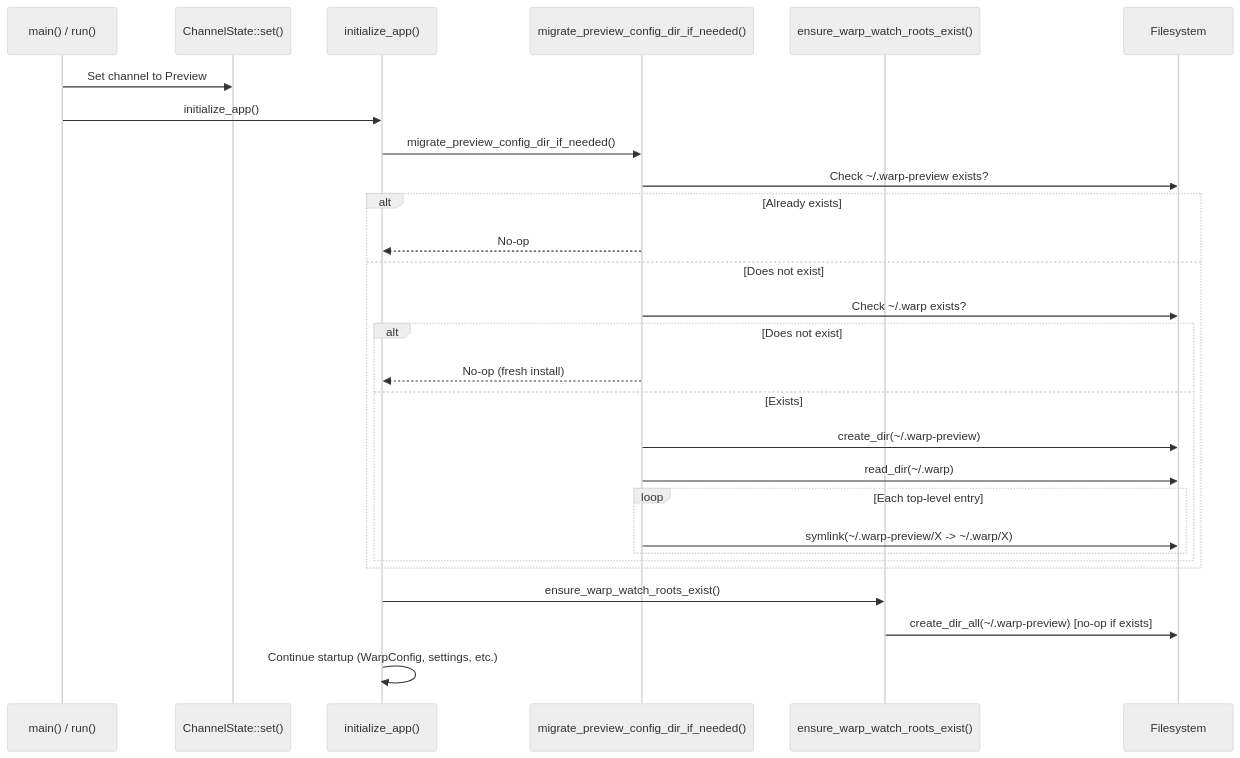
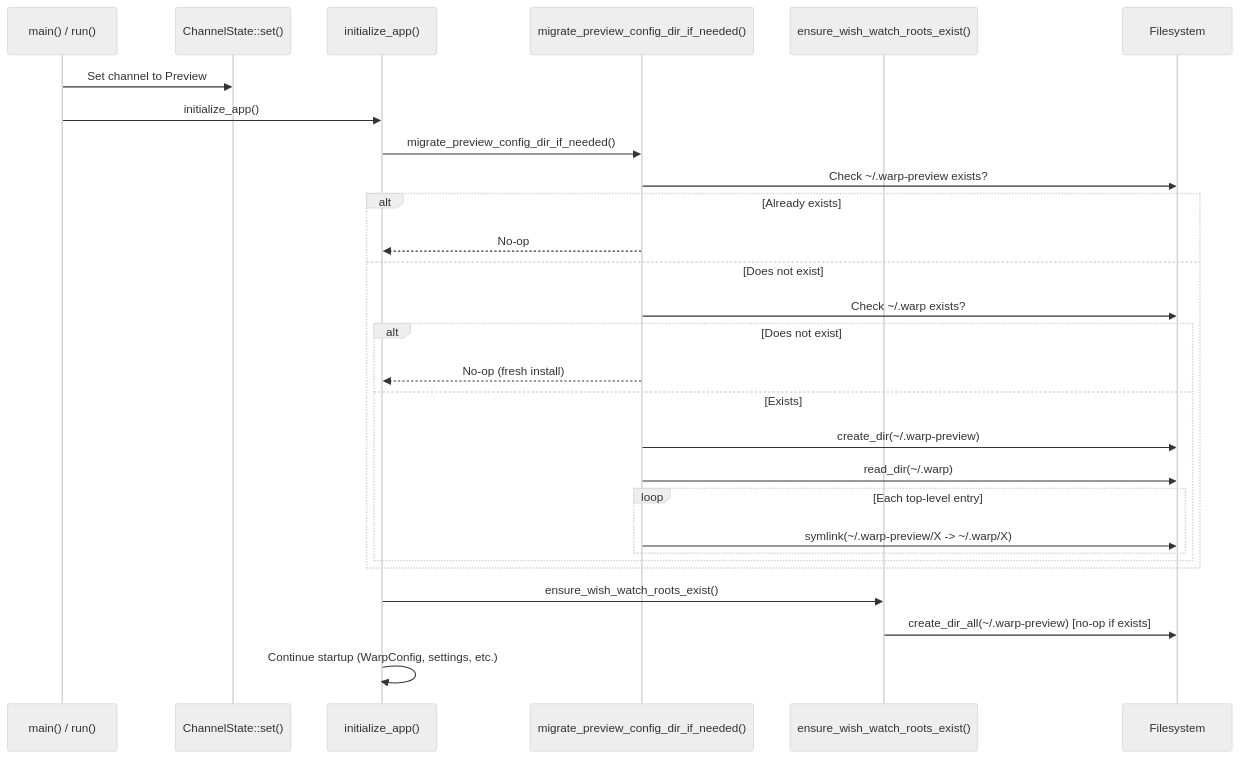
The diagram in specs/QUALITY-408/TECH.md (hermonai/wish), drawn with Mermaid (neutral theme) before and after one commit. The commit also changed other lines of this file and 417 other files, not shown here.

````diff
--- a/specs/QUALITY-408/TECH.md
+++ b/specs/QUALITY-408/TECH.md
@@ -81,31 +81,31 @@
 ```mermaid
 sequenceDiagram
     participant Main as main() / run()
     participant CS as ChannelState::set()
     participant Init as initialize_app()
     participant Migrate as migrate_preview_config_dir_if_needed()
-    participant Ensure as ensure_warp_watch_roots_exist()
+    participant Ensure as ensure_wish_watch_roots_exist()
     participant FS as Filesystem
 
     Main->>CS: Set channel to Preview
     Main->>Init: initialize_app()
     Init->>Migrate: migrate_preview_config_dir_if_needed()
     Migrate->>FS: Check ~/.warp-preview exists?
     alt Already exists
         Migrate-->>Init: No-op
     else Does not exist
         Migrate->>FS: Check ~/.warp exists?
         alt Does not exist
             Migrate-->>Init: No-op (fresh install)
         else Exists
             Migrate->>FS: create_dir(~/.warp-preview)
             Migrate->>FS: read_dir(~/.warp)
             loop Each top-level entry
                 Migrate->>FS: symlink(~/.warp-preview/X -> ~/.warp/X)
             end
         end
     end
-    Init->>Ensure: ensure_warp_watch_roots_exist()
+    Init->>Ensure: ensure_wish_watch_roots_exist()
     Ensure->>FS: create_dir_all(~/.warp-preview) [no-op if exists]
     Init->>Init: Continue startup (WarpConfig, settings, etc.)
 ```
````
